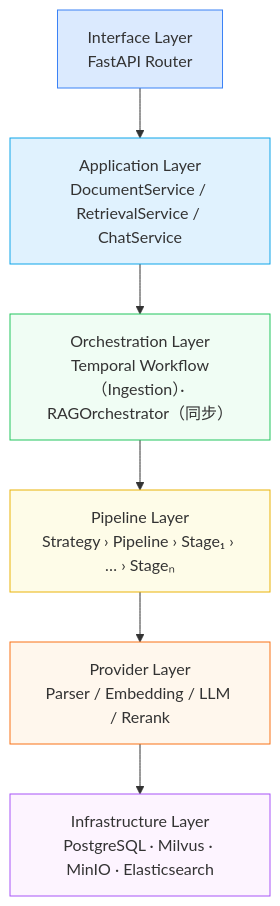
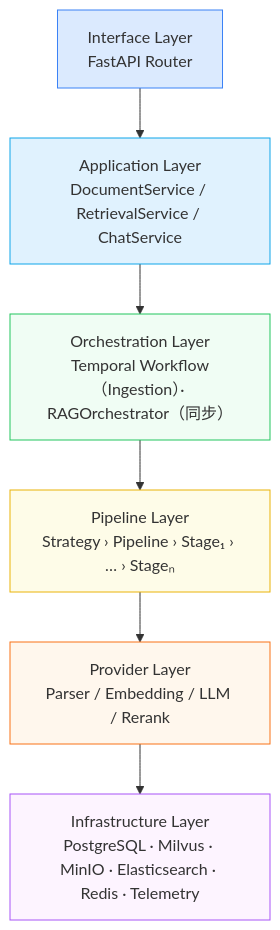
One commit to wanglei99999/arc-knowledge-ai changed the first of 3 diagrams in README.md. Above: the diagram before and after it, drawn with Mermaid. The commit also changed other lines of this file and 151 other files, not shown here.

````diff
--- a/README.md
+++ b/README.md
@@ -13,18 +13,18 @@
 ```mermaid
 graph TD
     A["Interface Layer\nFastAPI Router"]
     B["Application Layer\nDocumentService / RetrievalService / ChatService"]
     C["Orchestration Layer\nTemporal Workflow（Ingestion）· RAGOrchestrator（同步）"]
     D["Pipeline Layer\nStrategy › Pipeline › Stage₁ › … › Stageₙ"]
     E["Provider Layer\nParser / Embedding / LLM / Rerank"]
-    F["Infrastructure Layer\nPostgreSQL · Milvus · MinIO · Elasticsearch"]
+    F["Infrastructure Layer\nPostgreSQL · Milvus · MinIO · Elasticsearch · Redis · Telemetry"]
 
     A --> B --> C --> D --> E --> F
 
     style A fill:#dbeafe,stroke:#3b82f6
     style B fill:#e0f2fe,stroke:#0ea5e9
     style C fill:#f0fdf4,stroke:#22c55e
     style D fill:#fefce8,stroke:#eab308
     style E fill:#fff7ed,stroke:#f97316
     style F fill:#fdf4ff,stroke:#a855f7
 ```
````
